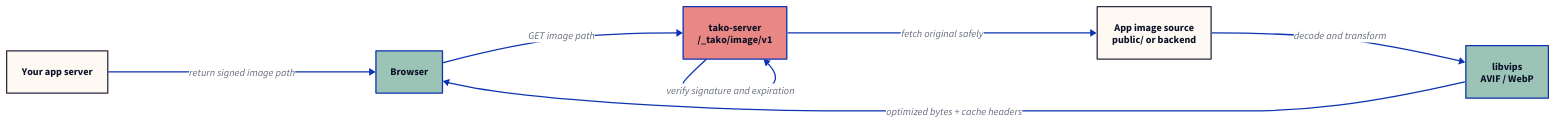
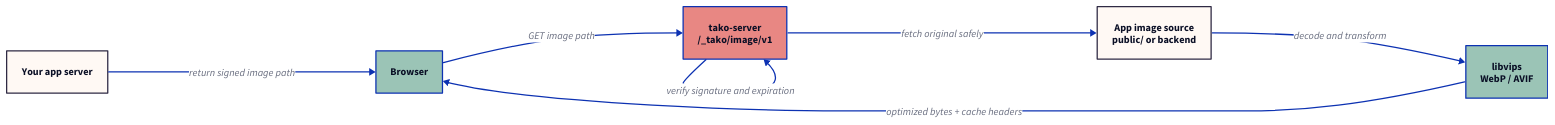
The diagram in website/src/content/blog/open-source-cloudinary-alternative-signed-image-resizing-vps.md (tako-sh/tako), drawn with D2 before and after one commit. The commit also changed other lines of this file and 19 other files, not shown here.

````diff
--- a/website/src/content/blog/open-source-cloudinary-alternative-signed-image-resizing-vps.md
+++ b/website/src/content/blog/open-source-cloudinary-alternative-signed-image-resizing-vps.md
@@ -92,28 +92,28 @@
 ```d2
 direction: right
 
 app: "Your app server" {
   style.fill: "#FFF9F4"
   style.stroke: "#2F2A44"
 }
 browser: Browser {
   style.fill: "#9BC4B6"
 }
 proxy: "tako-server\n/_tako/image/v1" {
   style.fill: "#E88783"
 }
 source: "App image source\npublic/ or backend" {
   style.fill: "#FFF9F4"
   style.stroke: "#2F2A44"
 }
-vips: "libvips\nAVIF / WebP" {
+vips: "libvips\nWebP / AVIF" {
   style.fill: "#9BC4B6"
 }
 
 app -> browser: "return signed image path"
 browser -> proxy: "GET image path"
 proxy -> proxy: "verify signature and expiration"
 proxy -> source: "fetch original safely"
 source -> vips: "decode and transform"
 vips -> browser: "optimized bytes + cache headers"
 ```
````
